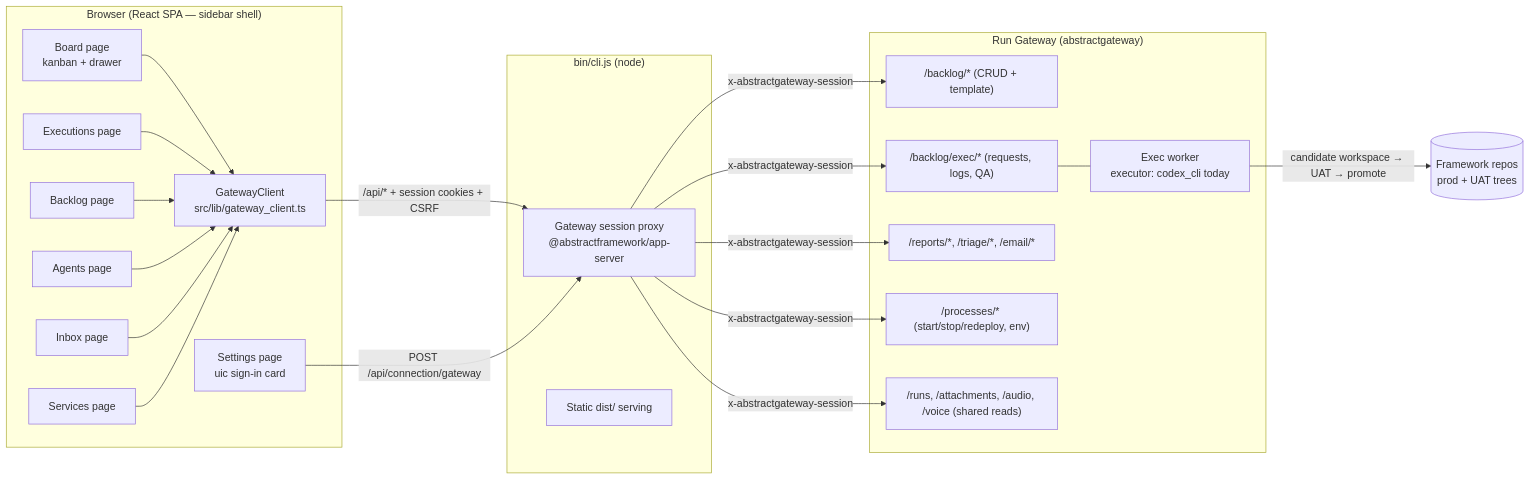
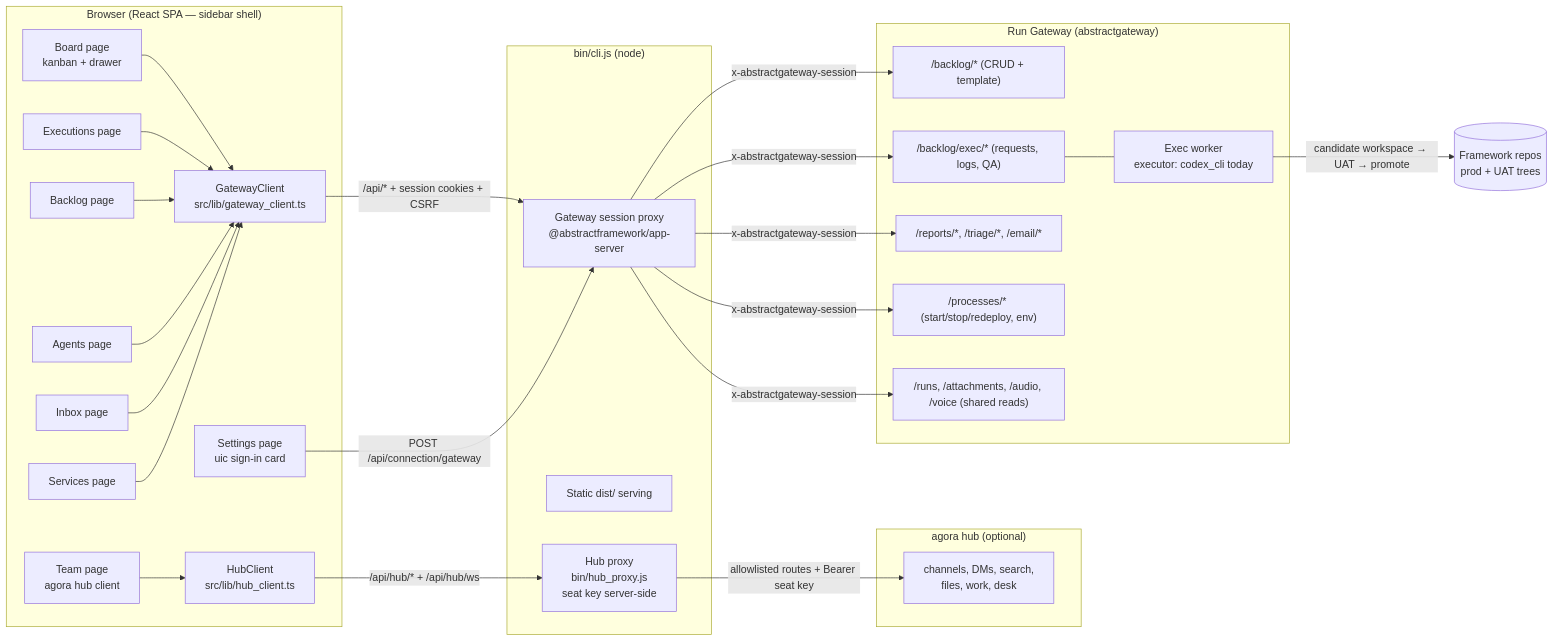
One commit to lpalbou/AbstractContinuum changed the first of 2 diagrams in docs/architecture.md. Above: the diagram before and after it, drawn with Mermaid. The commit also changed other lines of this file and 22 other files, not shown here.

````diff
--- a/docs/architecture.md
+++ b/docs/architecture.md
@@ -10,39 +10,49 @@
 ```mermaid
 flowchart LR
     subgraph Browser["Browser (React SPA — sidebar shell)"]
         BO[Board page<br/>kanban + drawer]
         EX[Executions page]
         BL[Backlog page]
         AG[Agents page]
+        TM[Team page<br/>agora hub client]
+        HC[HubClient<br/>src/lib/hub_client.ts]
         IN[Inbox page]
         PR[Services page]
         SE[Settings page<br/>uic sign-in card]
         GC[GatewayClient<br/>src/lib/gateway_client.ts]
         BO --> GC
         EX --> GC
         BL --> GC
         AG --> GC
         IN --> GC
         PR --> GC
+        TM --> HC
     end
 
     subgraph AppServer["bin/cli.js (node)"]
         SP[Gateway session proxy<br/>@abstractframework/app-server]
         ST[Static dist/ serving]
+        HP[Hub proxy<br/>bin/hub_proxy.js<br/>seat key server-side]
+    end
+
+    subgraph Hub["agora hub (optional)"]
+        HA["channels, DMs, search,<br/>files, work, desk"]
     end
 
     subgraph Gateway["Run Gateway (abstractgateway)"]
         BK["/backlog/* (CRUD + template)"]
         EP["/backlog/exec/* (requests, logs, QA)"]
         RP["/reports/*, /triage/*, /email/*"]
         PM["/processes/* (start/stop/redeploy, env)"]
         SH["/runs, /attachments, /audio, /voice (shared reads)"]
         WK[Exec worker<br/>executor: codex_cli today]
     end
 
     GC -- "/api/* + session cookies + CSRF" --> SP
     SE -- "POST /api/connection/gateway" --> SP
     SP -- "x-abstractgateway-session" --> BK & EP & RP & PM & SH
+    HC -- "/api/hub/* + /api/hub/ws" --> HP
+    HP -- "allowlisted routes + Bearer seat key" --> HA
     EP --- WK
     WK -- "candidate workspace → UAT → promote" --> Repos[(Framework repos<br/>prod + UAT trees)]
 ```
````
